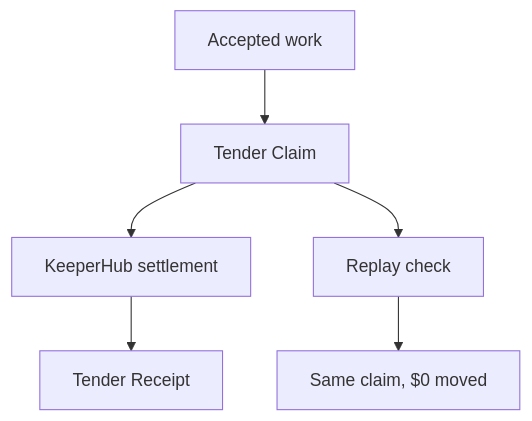
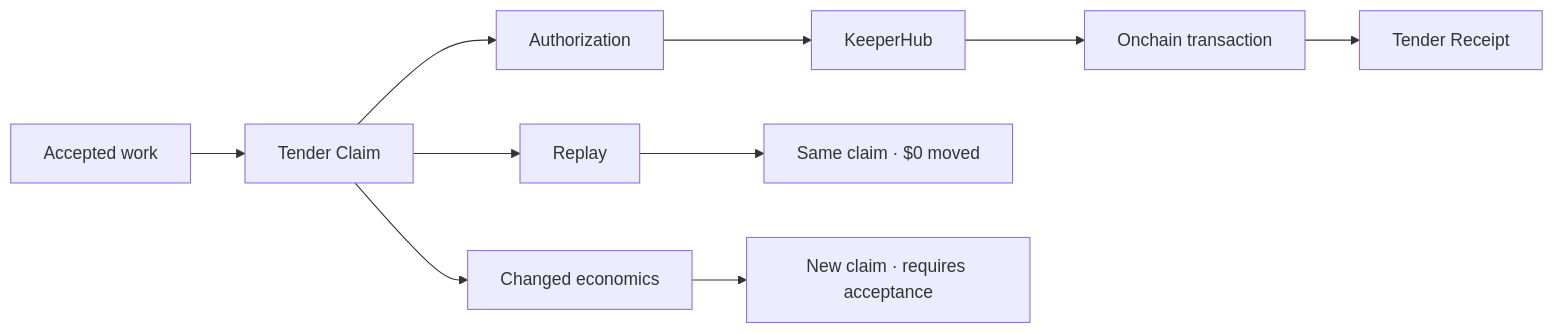
Before and after one commit to Faadil1/tender: the diagram in README.md, drawn with Mermaid. The commit also changed other lines of this file, not shown here.

````diff
--- a/README.md
+++ b/README.md
@@ -7,8 +170,14 @@
 ```mermaid
-flowchart TD
+flowchart LR
   A["Accepted work"] --> B["Tender Claim"]
-  B --> C["KeeperHub settlement"]
-  C --> D["Tender Receipt"]
-  B --> E["Replay check"]
-  E --> F["Same claim, $0 moved"]
+  B --> C["Authorization"]
+  C --> D["KeeperHub"]
+  D --> E["Onchain transaction"]
+  E --> F["Tender Receipt"]
+
+  B --> G["Replay"]
+  G --> H["Same claim · $0 moved"]
+
+  B --> I["Changed economics"]
+  I --> J["New claim · requires acceptance"]
 ```
````
